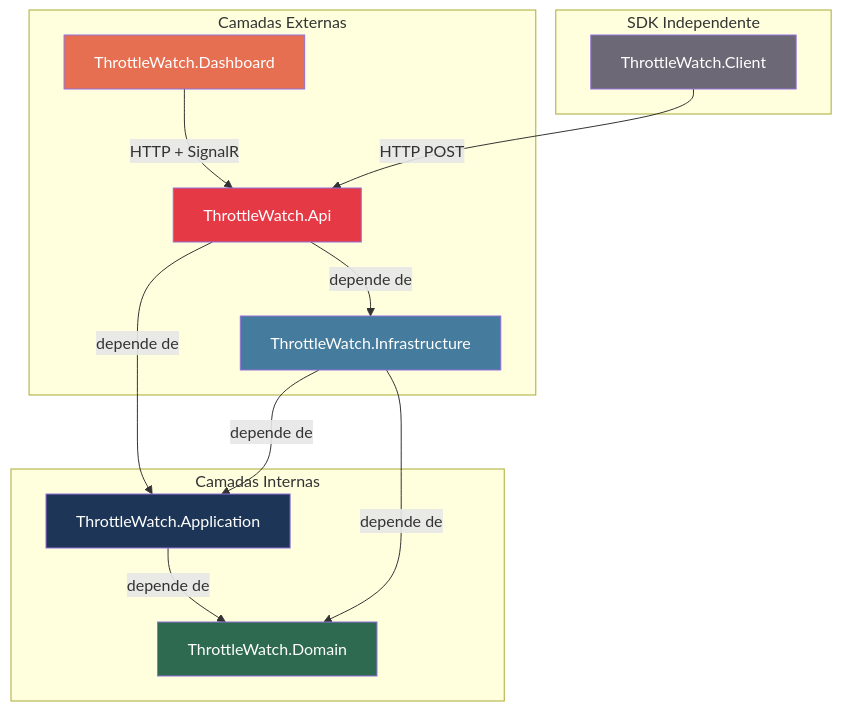
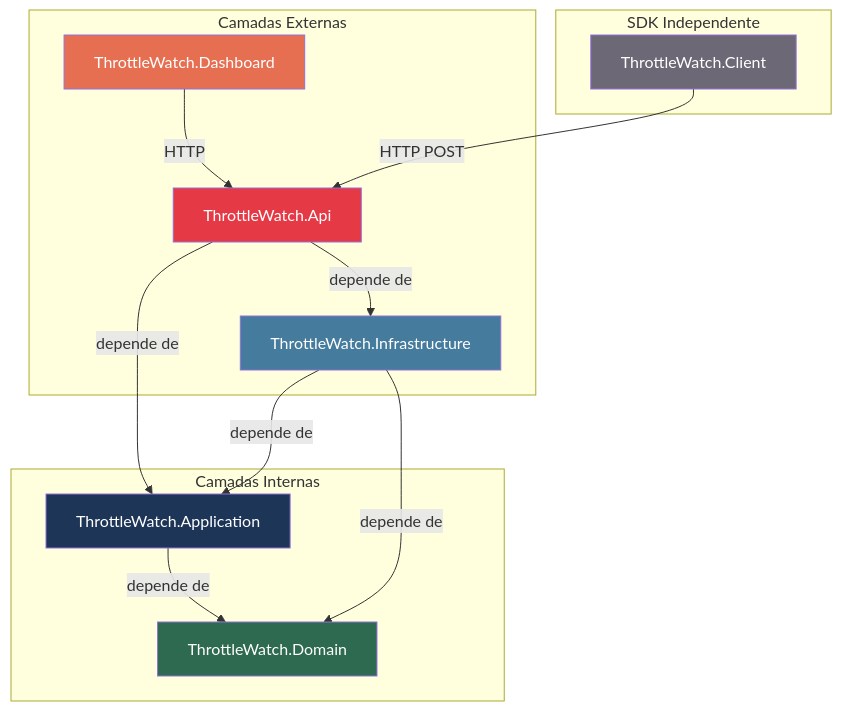
One commit to VitorM34/ThrottleWatch changed the first of 2 diagrams in ARCHITECTURE.md. Above: the diagram before and after it, drawn with Mermaid. The commit also changed other lines of this file and 22 other files, not shown here.

First line of the commit message:
feat(api): add REST Minimal APIs and remove SignalR from stack

````diff
--- a/ARCHITECTURE.md
+++ b/ARCHITECTURE.md
@@ -121,32 +121,32 @@
 ```mermaid
 graph TD
     subgraph "Camadas Internas"
         D[ThrottleWatch.Domain]
         A[ThrottleWatch.Application]
     end
 
     subgraph "Camadas Externas"
         I[ThrottleWatch.Infrastructure]
         API[ThrottleWatch.Api]
         DASH[ThrottleWatch.Dashboard]
     end
 
     subgraph "SDK Independente"
         C[ThrottleWatch.Client]
     end
 
     A -->|depende de| D
     I -->|depende de| A
     I -->|depende de| D
     API -->|depende de| A
     API -->|depende de| I
-    DASH -->|HTTP + SignalR| API
+    DASH -->|HTTP| API
     C -->|HTTP POST| API
 
     style D fill:#2d6a4f,color:#fff
     style A fill:#1d3557,color:#fff
     style I fill:#457b9d,color:#fff
     style API fill:#e63946,color:#fff
     style DASH fill:#e76f51,color:#fff
     style C fill:#6d6875,color:#fff
 ```
````
